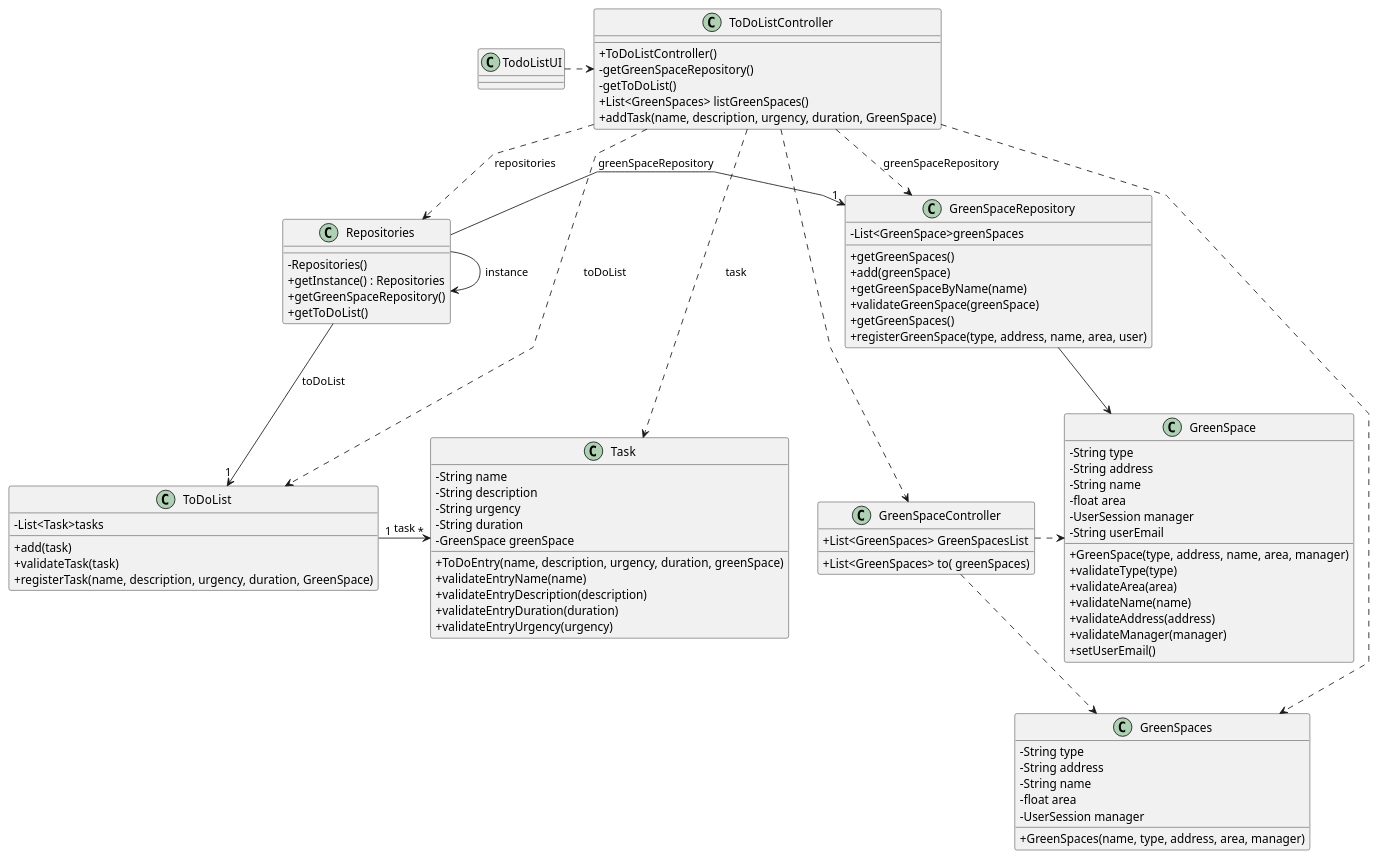
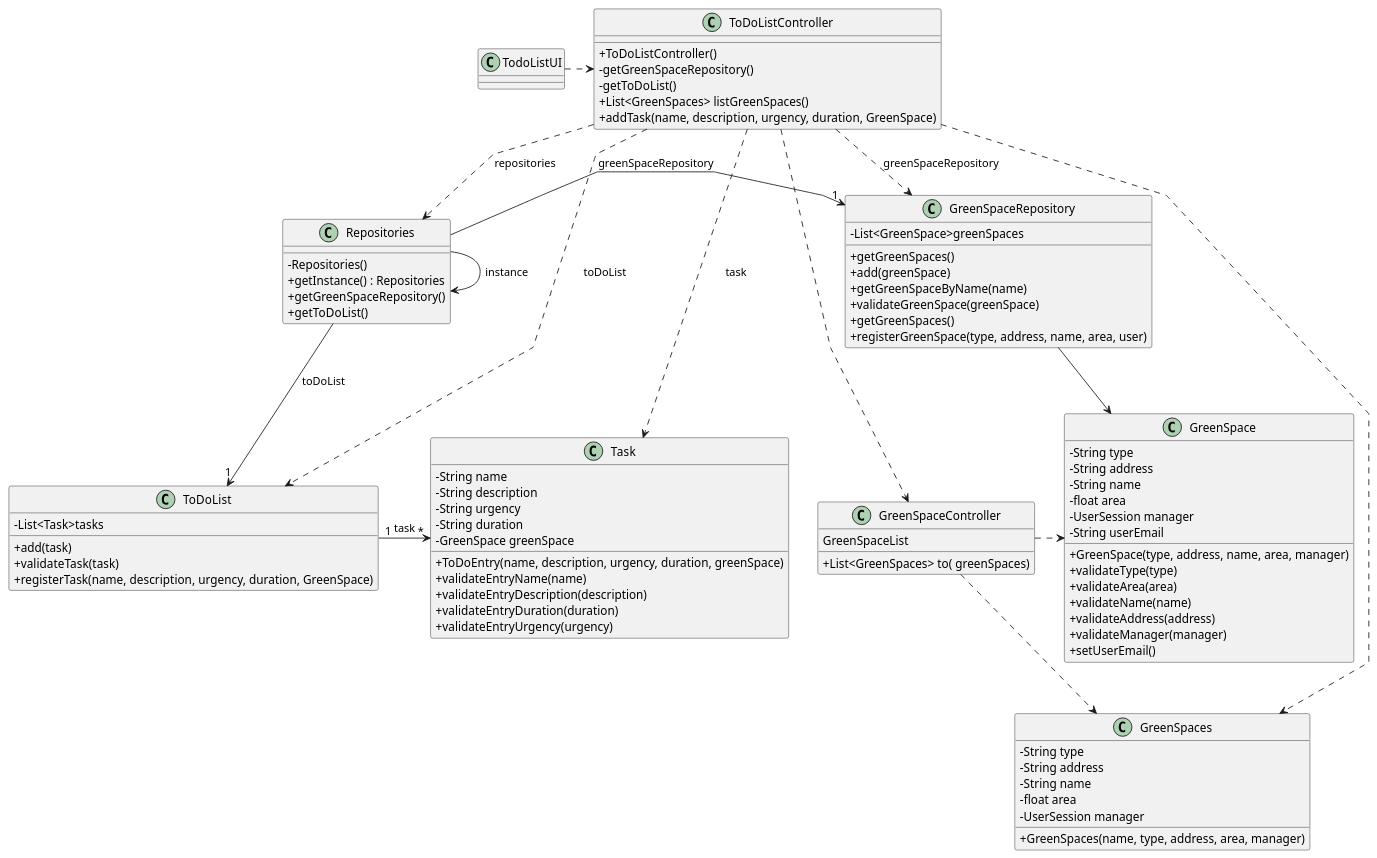
One commit to Departamento-de-Engenharia-Informatica/lei-24-s2-1dl-g121 changed the diagram in docs/sprintC/us021/03.design/puml/us021-class-diagram.puml. Above: the diagram before and after it, drawn with PlantUML. The commit also changed 4 other files, not shown here.

```diff
--- a/docs/sprintC/us021/03.design/puml/us021-class-diagram.puml
+++ b/docs/sprintC/us021/03.design/puml/us021-class-diagram.puml
@@ -1,124 +1,124 @@
 @startuml
 'skinparam monochrome true
 skinparam packageStyle rectangle
 skinparam shadowing false
 skinparam linetype polyline
 'skinparam linetype orto
 
 skinparam classAttributeIconSize 0
 
 'left to right direction
 
 
 class Repositories {
     - Repositories()
     + getInstance() : Repositories
     + getGreenSpaceRepository()
     + getToDoList()
 }
 
 class ToDoListController {
 
     +ToDoListController()
     -getGreenSpaceRepository()
     -getToDoList()
     +List<GreenSpaces> listGreenSpaces()
     +addTask(name, description, urgency, duration, GreenSpace)
 }
 
 
 class TodoListUI {
 }
 
 class ToDoList{
     -List<Task>tasks
     +add(task)
     +validateTask(task)
     +registerTask(name, description, urgency, duration, GreenSpace)
     }
 
 class GreenSpaceRepository{
     +getGreenSpaces()
     }
 
 class Task{
     -String name
     -String description
     -String urgency
     -String duration
     -GreenSpace greenSpace
     +ToDoEntry(name, description, urgency, duration, greenSpace)
     +validateEntryName(name)
     +validateEntryDescription(description)
     +validateEntryDuration(duration)
     +validateEntryUrgency(urgency)
 }
 
 class GreenSpaces {
     -String type
     -String address
     -String name
     -float area
     -UserSession manager
     +GreenSpaces(name, type, address, area, manager)
 }
 
 class GreenSpaceController {
-    +List<GreenSpaces> GreenSpacesList
+    GreenSpaceList
     +List<GreenSpaces> to( greenSpaces)
 }
 class GreenSpaceRepository{
     -List<GreenSpace>greenSpaces
     +add(greenSpace)
     +getGreenSpaceByName(name)
     +validateGreenSpace(greenSpace)
     +getGreenSpaces()
     +registerGreenSpace(type, address, name, area, user)
 
     }
 class GreenSpace{
     -String type
     -String address
     -String name
     -float area
     -UserSession manager
     -String userEmail
     +GreenSpace(type, address, name, area, manager)
     +validateType(type)
     +validateArea(area)
     +validateName(name)
     +validateAddress(address)
     +validateManager(manager)
     +setUserEmail()
 
 }
 
 TodoListUI .> ToDoListController
 
 Repositories -> Repositories : instance
 
 ToDoList "1"-> "*"Task : task
 
 Repositories --> "1"ToDoList : toDoList
 
 ToDoListController .> Task : task
 
 ToDoListController ..> Repositories : repositories
 
 ToDoListController .> GreenSpaceRepository: greenSpaceRepository
 
 ToDoListController .> ToDoList : toDoList
 
 Repositories -> "1"GreenSpaceRepository: greenSpaceRepository
 
 ToDoListController ..> GreenSpaces
 
 ToDoListController ...> GreenSpaceController
 
 GreenSpaceController .> GreenSpace
 
 GreenSpaceRepository --> GreenSpace
 
 GreenSpaceController ..> GreenSpaces
 
 @enduml
```
